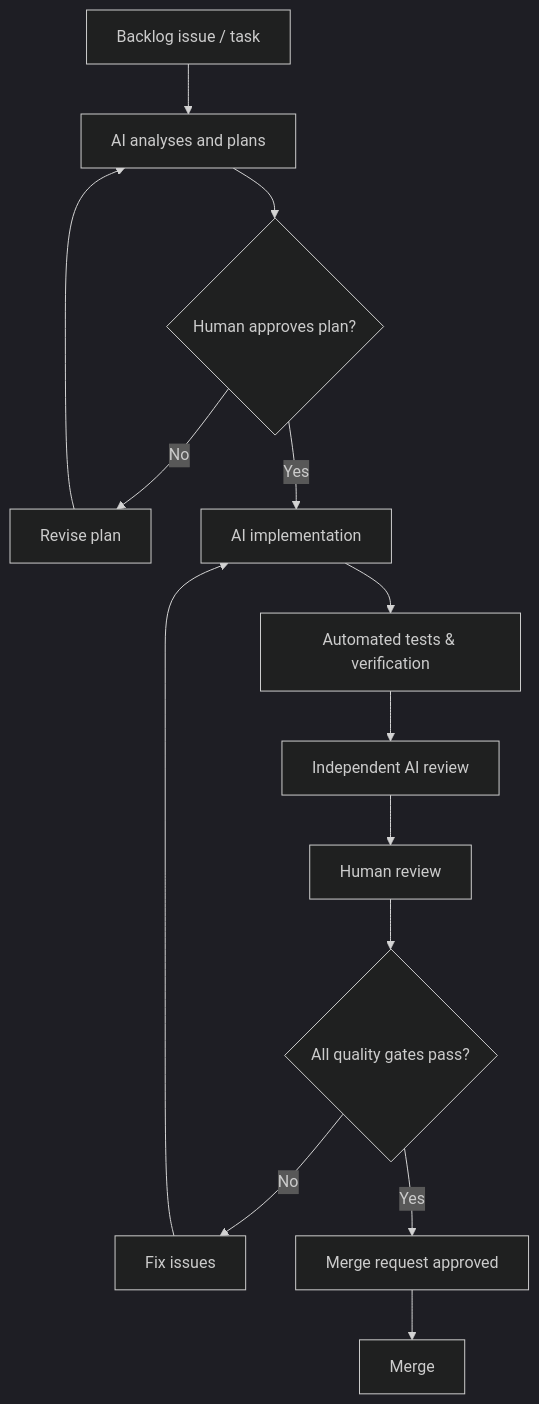
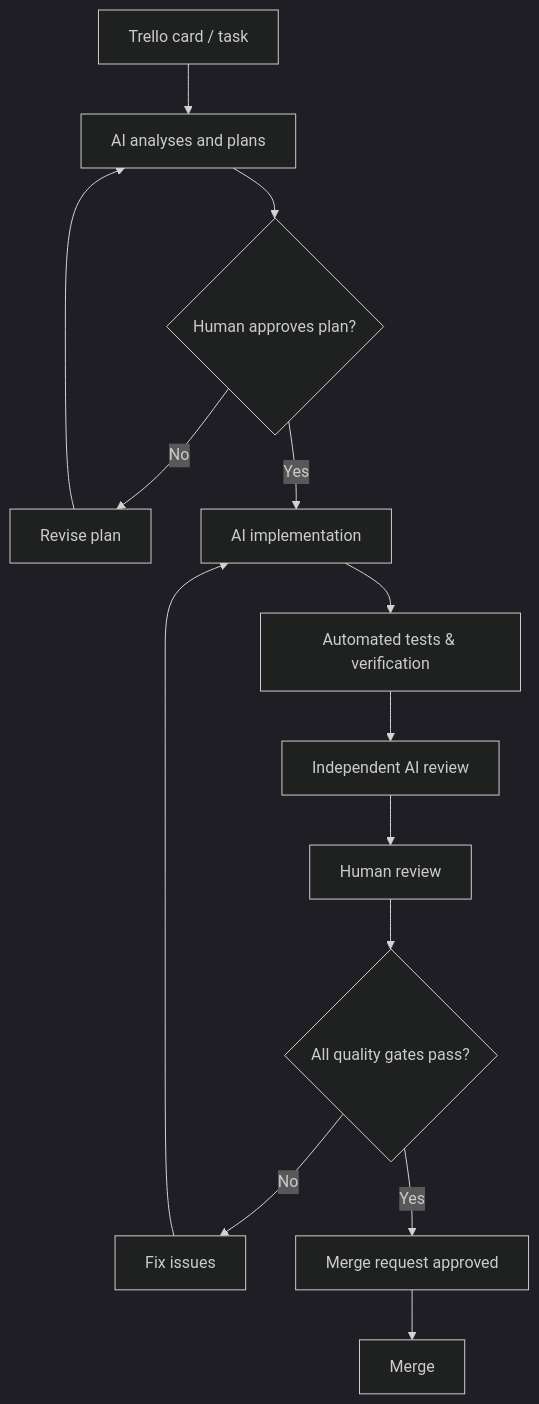
The third of 3 diagrams in product-workflow.md (huynguyennang-agilityio/tripmate-docs), drawn with Mermaid (dark theme) before and after one commit. The commit also changed other lines of this file and 2 other files, not shown here.

First line of the commit message:
Workflow v2.8: tasks on Trello; architecture.md v1.7, mvp-roadmap.md v1.11

````diff
--- a/product-workflow.md
+++ b/product-workflow.md
@@ -205,11 +205,11 @@
 ```mermaid
 flowchart TD
-    A[Backlog issue / task] --> B[AI analyses and plans]
+    A[Trello card / task] --> B[AI analyses and plans]
     B --> C{Human approves plan?}
     C -->|No| D[Revise plan] --> B
     C -->|Yes| E[AI implementation] --> F[Automated tests & verification]
     F --> G[Independent AI review] --> H[Human review]
     H --> I{All quality gates pass?}
     I -->|No| J[Fix issues] --> E
     I -->|Yes| K[Merge request approved] --> L[Merge]
 ```
````
